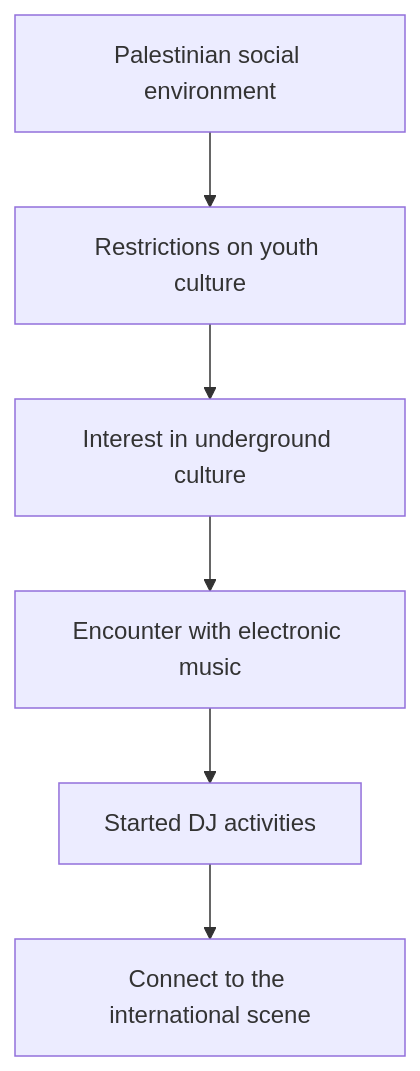
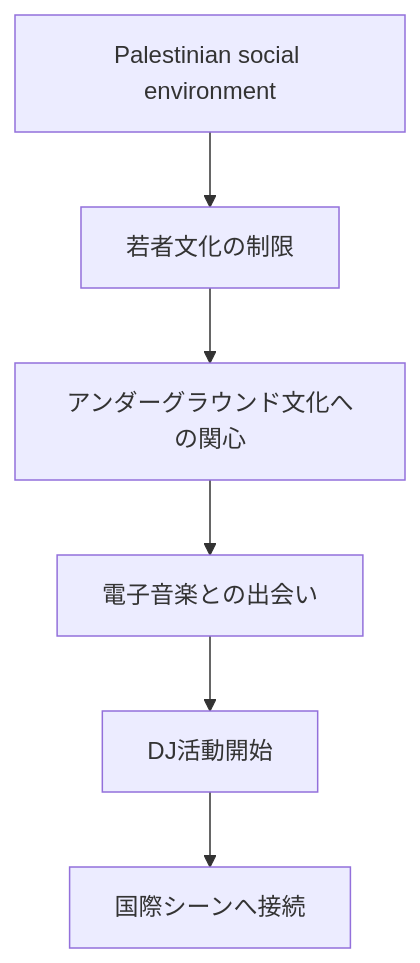
Before and after one commit to monumental-movement/monumental-movement.github.io: the first of 7 diagrams in en/_posts/2026-05-24-column-sama-abdulhadi.md, drawn with Mermaid. The commit also changed other lines of this file and 2196 other files, not shown here.

```diff
--- a/en/_posts/2026-05-24-column-sama-abdulhadi.md
+++ b/en/_posts/2026-05-24-column-sama-abdulhadi.md
@@ -103,8 +103,8 @@
 <div class="mermaid">
 graph TD
-A[Palestinian social environment] --> B[Restrictions on youth culture]
-B --> C[Interest in underground culture]
-C --> D[Encounter with electronic music]
-D --> E[Started DJ activities]
-E --> F[Connect to the international scene]
+A[Palestinian social environment] --> B[若者文化の制限]
+B --> C[アンダーグラウンド文化への関心]
+C --> D[電子音楽との出会い]
+D --> E[DJ活動開始]
+E --> F[国際シーンへ接続]
 </div>
```
